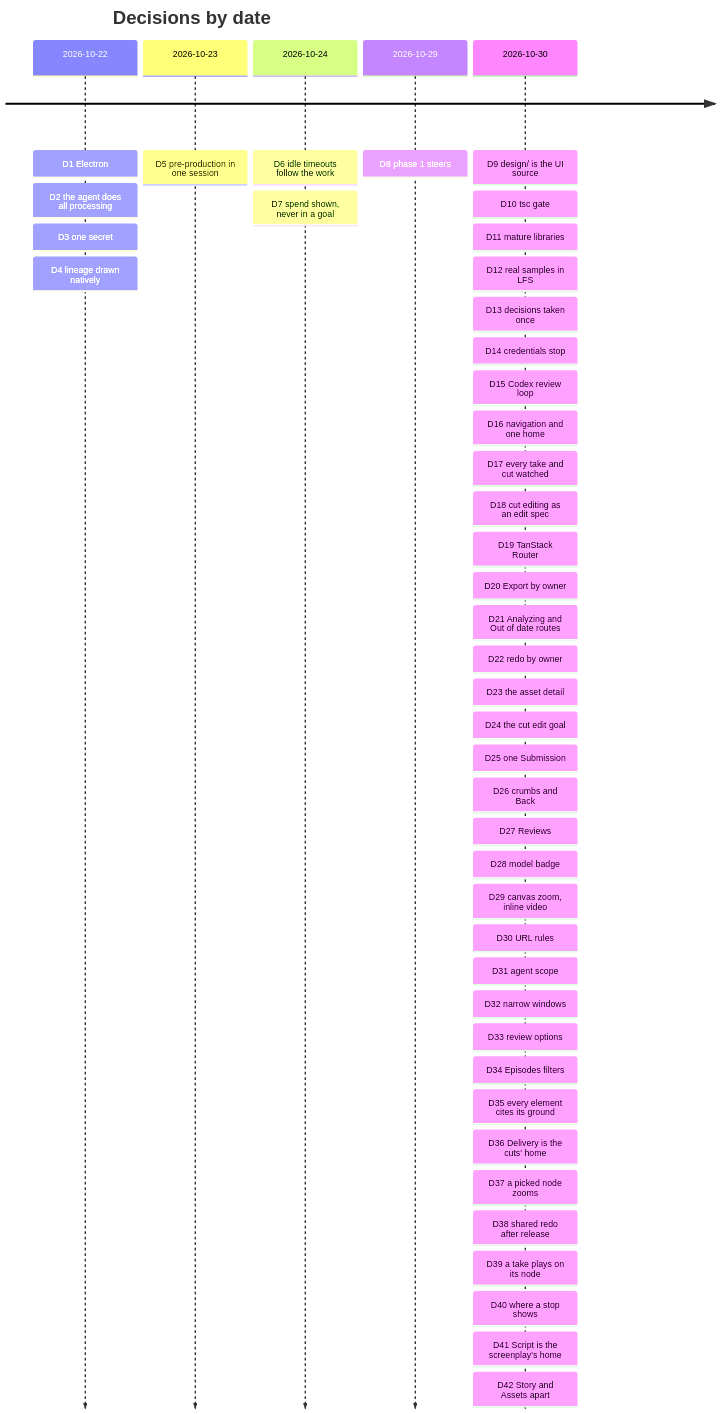
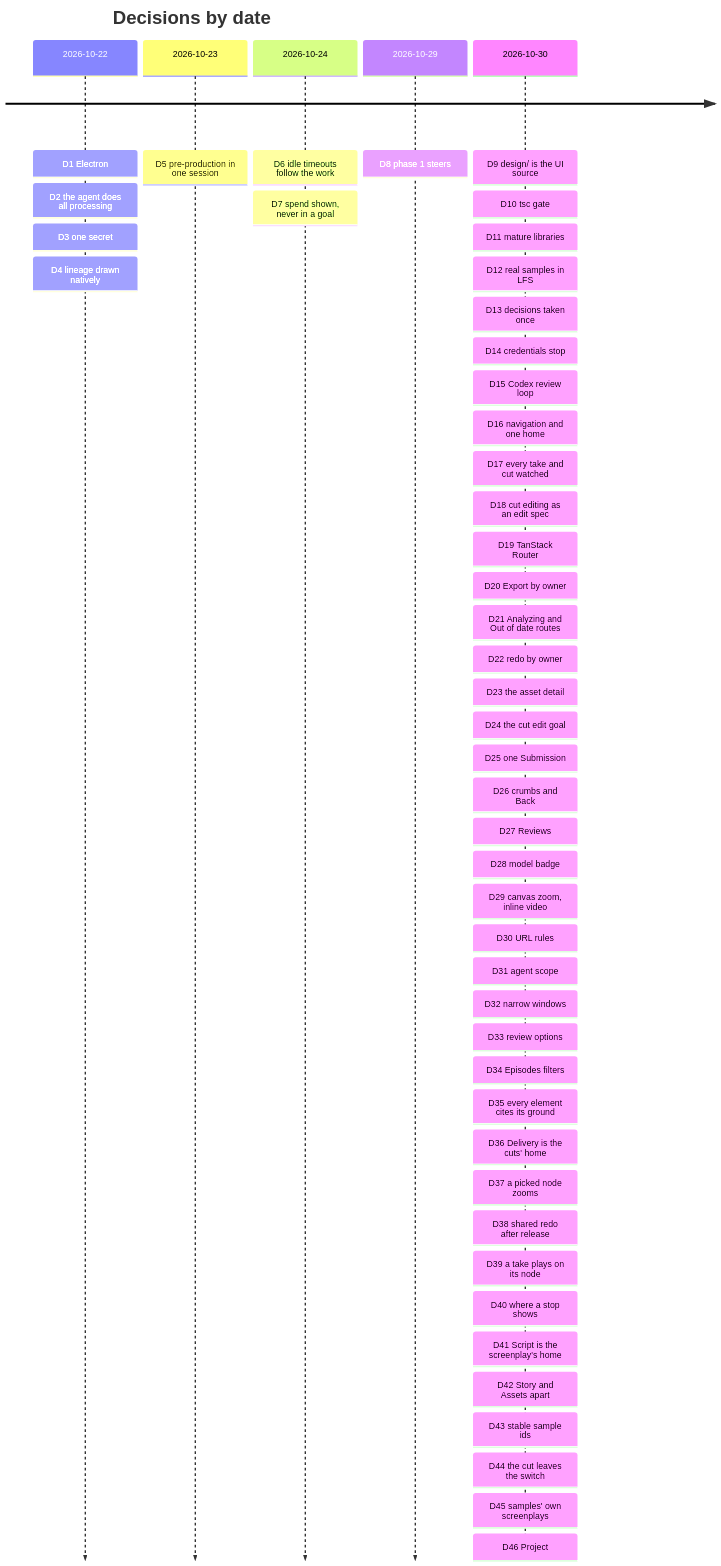
Before and after one commit to PineComputer/open-pinedrama: the diagram in docs/decisions.md, drawn with Mermaid. The commit also changed other lines of this file and 4 other files, not shown here.

First line of the commit message:
docs: D43-D46 (stable sample ids, the cut leaves the switch, samples' own screenplays, Project); the glossary and IA say Project

````diff
--- a/docs/decisions.md
+++ b/docs/decisions.md
@@ -18,9 +18,9 @@
 ```mermaid
 timeline
   title Decisions by date
   2026-10-22 : D1 Electron : D2 the agent does all processing : D3 one secret : D4 lineage drawn natively
   2026-10-23 : D5 pre-production in one session
   2026-10-24 : D6 idle timeouts follow the work : D7 spend shown, never in a goal
   2026-10-29 : D8 phase 1 steers
-  2026-10-30 : D9 design/ is the UI source : D10 tsc gate : D11 mature libraries : D12 real samples in LFS : D13 decisions taken once : D14 credentials stop : D15 Codex review loop : D16 navigation and one home : D17 every take and cut watched : D18 cut editing as an edit spec : D19 TanStack Router : D20 Export by owner : D21 Analyzing and Out of date routes : D22 redo by owner : D23 the asset detail : D24 the cut edit goal : D25 one Submission : D26 crumbs and Back : D27 Reviews : D28 model badge : D29 canvas zoom, inline video : D30 URL rules : D31 agent scope : D32 narrow windows : D33 review options : D34 Episodes filters : D35 every element cites its ground : D36 Delivery is the cuts' home : D37 a picked node zooms : D38 shared redo after release : D39 a take plays on its node : D40 where a stop shows : D41 Script is the screenplay's home : D42 Story and Assets apart
+  2026-10-30 : D9 design/ is the UI source : D10 tsc gate : D11 mature libraries : D12 real samples in LFS : D13 decisions taken once : D14 credentials stop : D15 Codex review loop : D16 navigation and one home : D17 every take and cut watched : D18 cut editing as an edit spec : D19 TanStack Router : D20 Export by owner : D21 Analyzing and Out of date routes : D22 redo by owner : D23 the asset detail : D24 the cut edit goal : D25 one Submission : D26 crumbs and Back : D27 Reviews : D28 model badge : D29 canvas zoom, inline video : D30 URL rules : D31 agent scope : D32 narrow windows : D33 review options : D34 Episodes filters : D35 every element cites its ground : D36 Delivery is the cuts' home : D37 a picked node zooms : D38 shared redo after release : D39 a take plays on its node : D40 where a stop shows : D41 Script is the screenplay's home : D42 Story and Assets apart : D43 stable sample ids : D44 the cut leaves the switch : D45 samples' own screenplays : D46 Project
 ```
````
